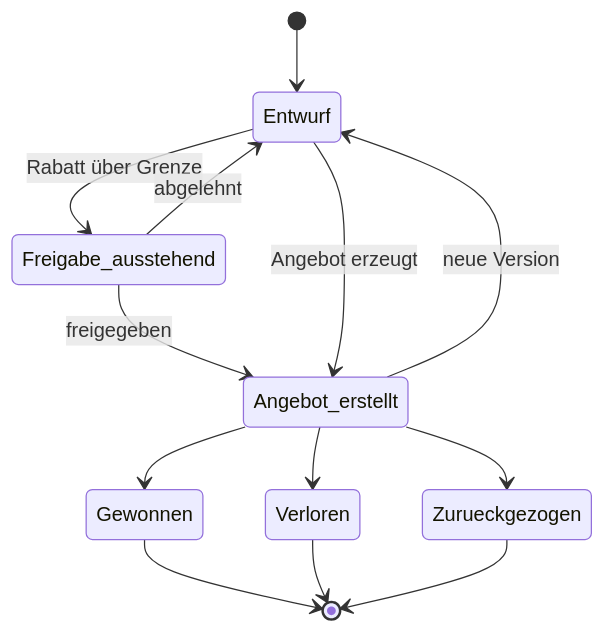
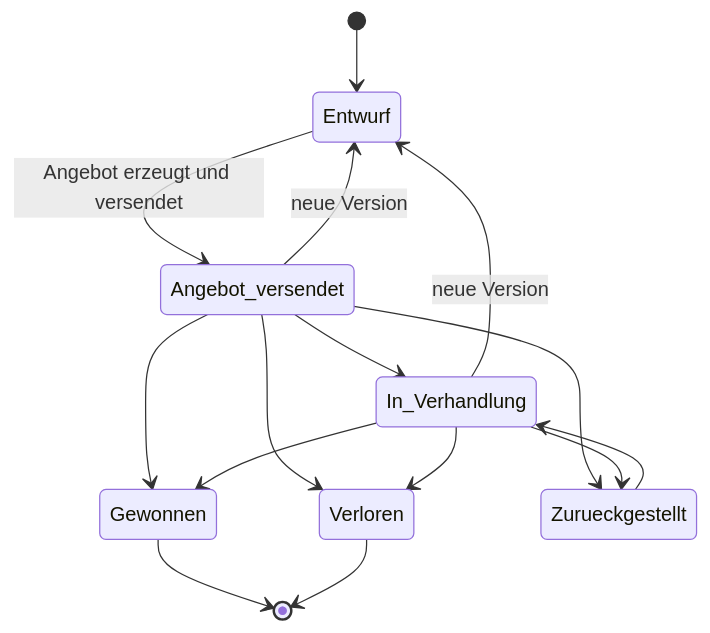
The second of 2 diagrams in docs/03_fachmodell.md (darntjen/kalkulator_web), drawn with Mermaid before and after one commit. The commit also changed other lines of this file and 10 other files, not shown here.

````diff
--- a/docs/03_fachmodell.md
+++ b/docs/03_fachmodell.md
@@ -62,15 +72,17 @@
 ```mermaid
 stateDiagram-v2
     [*] --> Entwurf
-    Entwurf --> Freigabe_ausstehend: Rabatt über Grenze
-    Freigabe_ausstehend --> Entwurf: abgelehnt
-    Freigabe_ausstehend --> Angebot_erstellt: freigegeben
-    Entwurf --> Angebot_erstellt: Angebot erzeugt
-    Angebot_erstellt --> Entwurf: neue Version
-    Angebot_erstellt --> Gewonnen
-    Angebot_erstellt --> Verloren
-    Angebot_erstellt --> Zurueckgezogen
+    Entwurf --> Angebot_versendet: Angebot erzeugt und versendet
+    Angebot_versendet --> In_Verhandlung
+    Angebot_versendet --> Entwurf: neue Version
+    In_Verhandlung --> Entwurf: neue Version
+    Angebot_versendet --> Gewonnen
+    In_Verhandlung --> Gewonnen
+    Angebot_versendet --> Verloren
+    In_Verhandlung --> Verloren
+    Angebot_versendet --> Zurueckgestellt
+    In_Verhandlung --> Zurueckgestellt
+    Zurueckgestellt --> In_Verhandlung
     Gewonnen --> [*]
     Verloren --> [*]
-    Zurueckgezogen --> [*]
 ```
````
